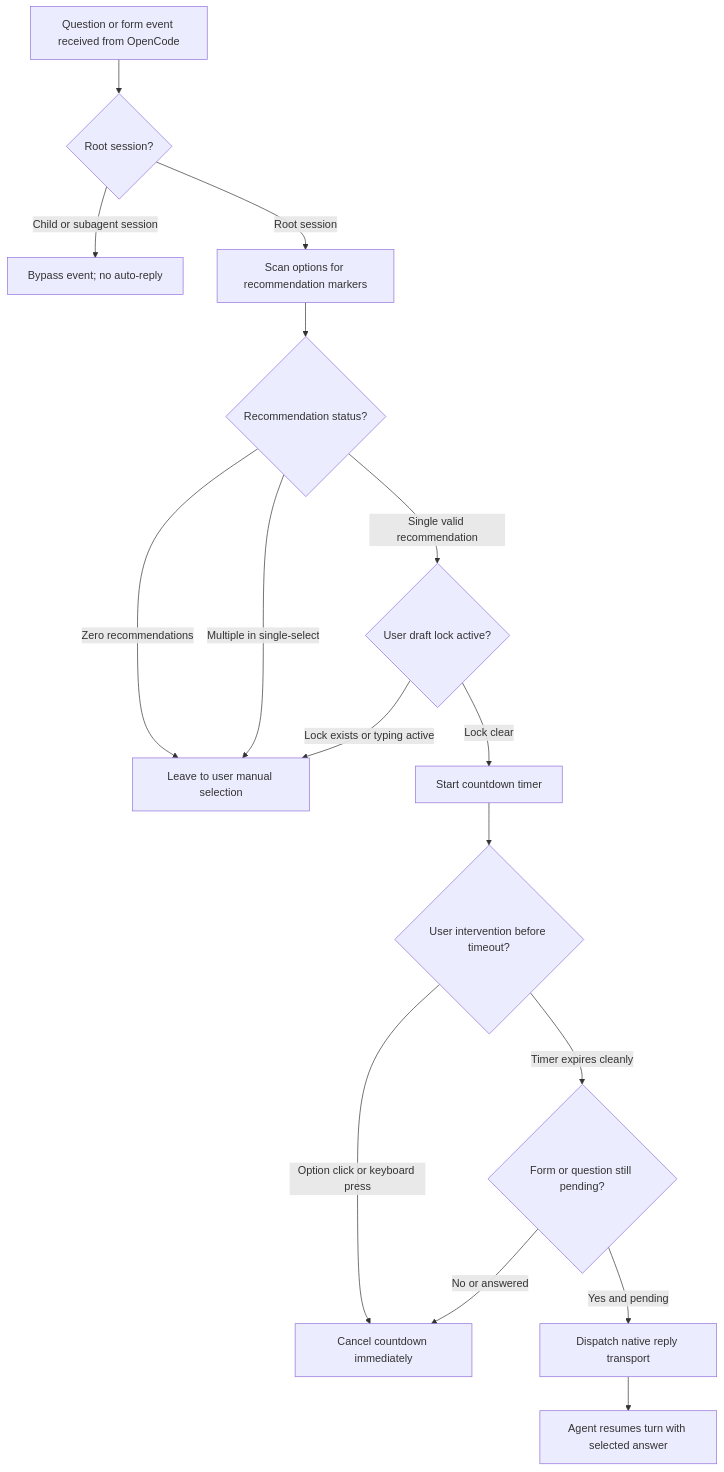
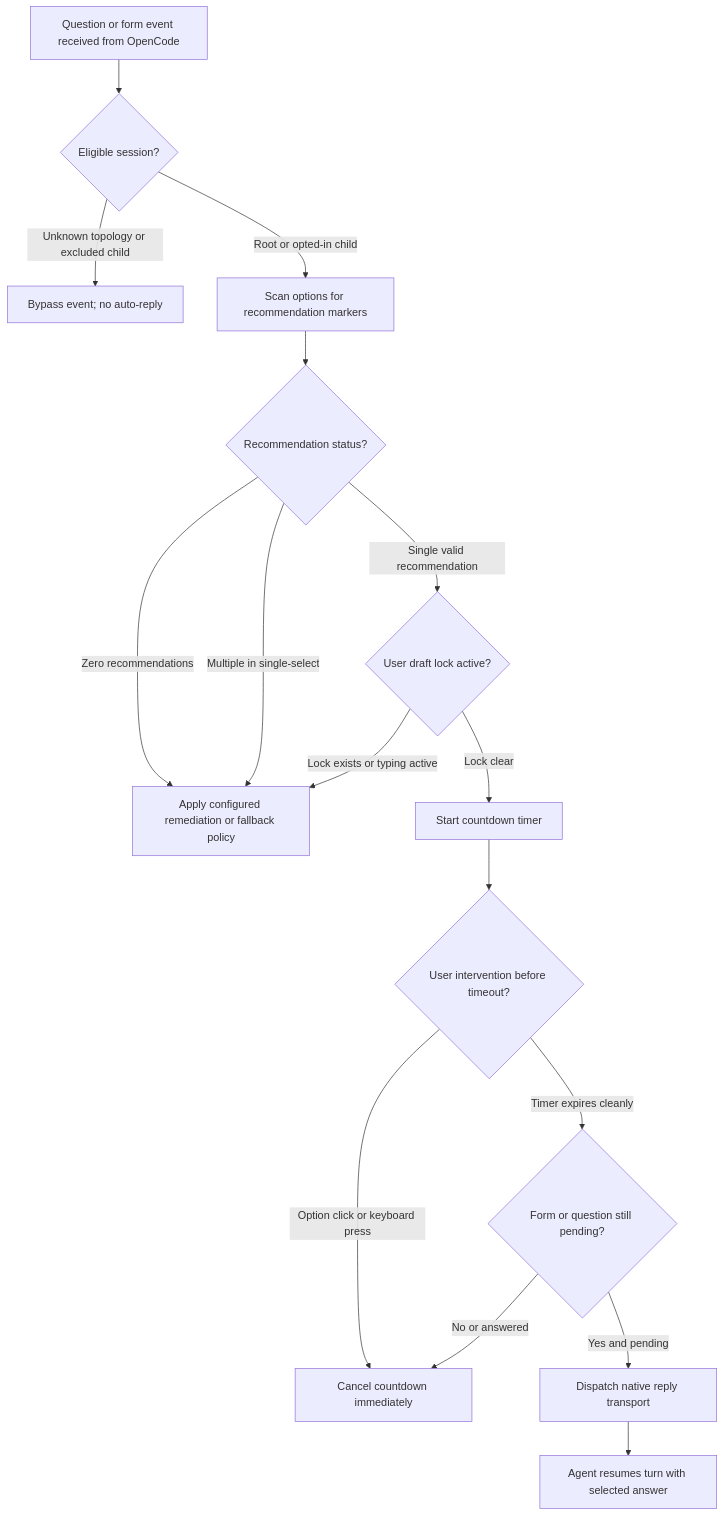
One commit to qunqin24/opendock changed the diagram in src/data/readme/opencode-smart-questions.md. Above: the diagram before and after it, drawn with Mermaid. The commit also changed other lines of this file and 109 other files, not shown here.

````diff
--- a/src/data/readme/opencode-smart-questions.md
+++ b/src/data/readme/opencode-smart-questions.md
@@ -125,22 +127,22 @@
 ```mermaid
 flowchart TD
-    Event["Question or form event received from OpenCode"] --> Scope{"Root session?"}
-    Scope -->|Child or subagent session| Ignore["Bypass event; no auto-reply"]
-    Scope -->|Root session| Detect["Scan options for recommendation markers"]
+    Event["Question or form event received from OpenCode"] --> Scope{"Eligible session?"}
+    Scope -->|Unknown topology or excluded child| Ignore["Bypass event; no auto-reply"]
+    Scope -->|Root or opted-in child| Detect["Scan options for recommendation markers"]
 
     Detect --> DetectCheck{"Recommendation status?"}
-    DetectCheck -->|Zero recommendations| Fallback["Leave to user manual selection"]
+    DetectCheck -->|Zero recommendations| Fallback["Apply configured remediation or fallback policy"]
     DetectCheck -->|Multiple in single-select| Fallback
     DetectCheck -->|Single valid recommendation| DraftCheck{"User draft lock active?"}
 
     DraftCheck -->|Lock exists or typing active| Fallback
     DraftCheck -->|Lock clear| Timer["Start countdown timer"]
 
     Timer --> Intervene{"User intervention before timeout?"}
     Intervene -->|Option click or keyboard press| Cancel["Cancel countdown immediately"]
     Intervene -->|Timer expires cleanly| Recheck{"Form or question still pending?"}
 
     Recheck -->|No or answered| Cancel
     Recheck -->|Yes and pending| Reply["Dispatch native reply transport"]
     Reply --> Complete["Agent resumes turn with selected answer"]
 ```
````
